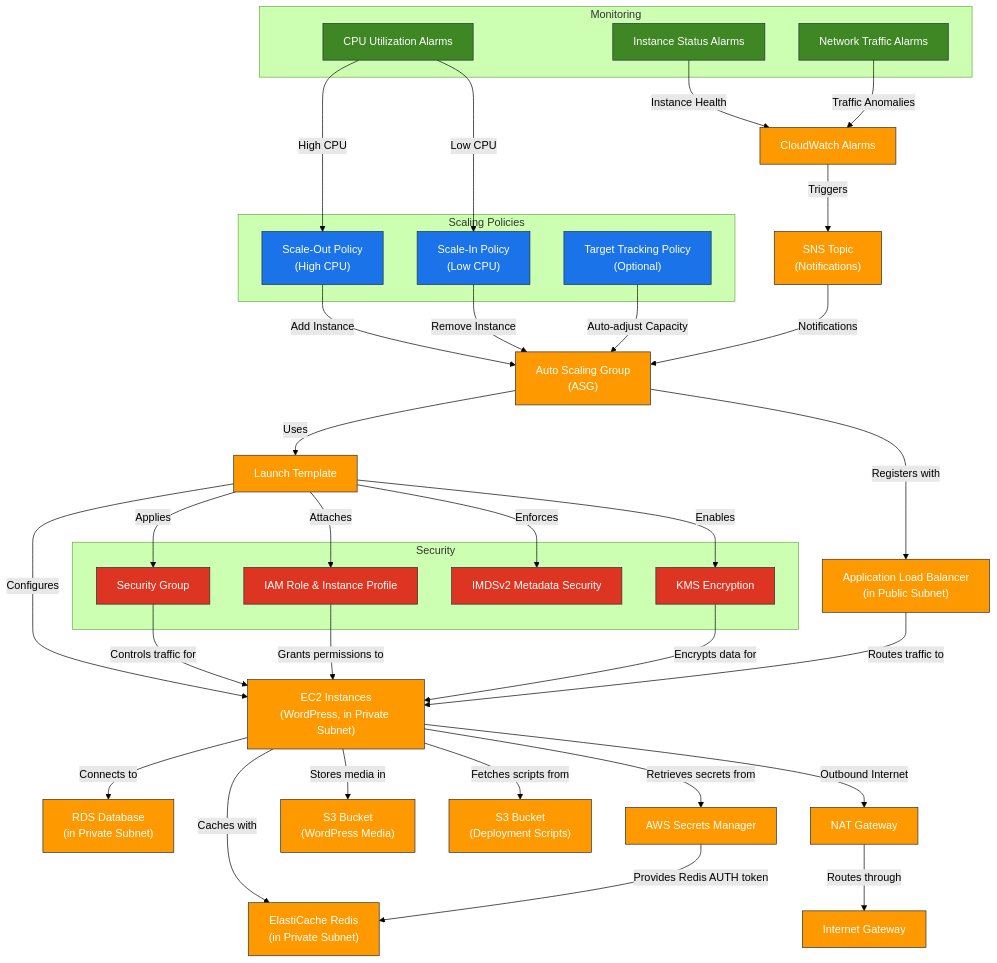
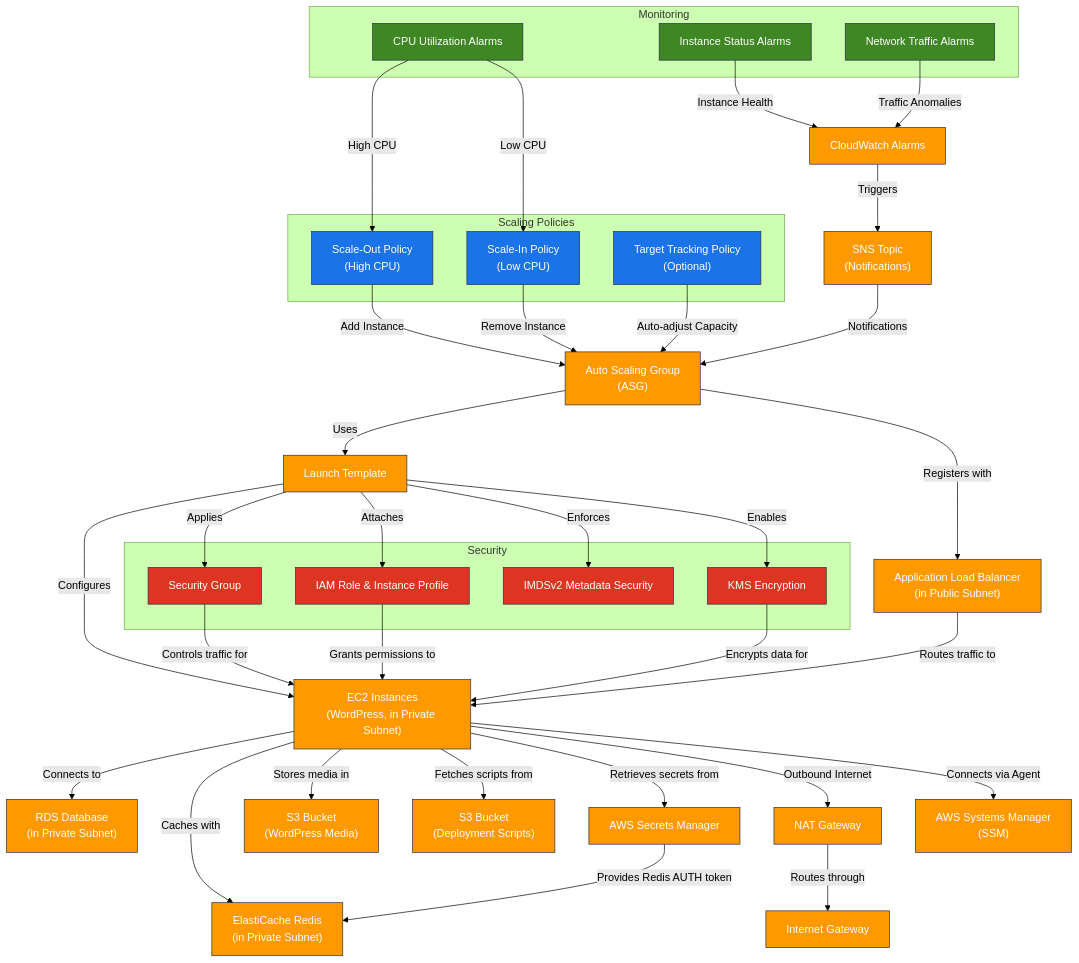
The diagram in terraform/modules/asg/README.md (hetmanskyi-cloud/AWS), drawn with Mermaid (forest theme) before and after one commit. The commit also changed other lines of this file and 18 other files, not shown here.

```diff
--- a/terraform/modules/asg/README.md
+++ b/terraform/modules/asg/README.md
@@ -58,6 +76,7 @@
     S3Media["S3 Bucket<br>(WordPress Media)"]
     S3Scripts["S3 Bucket<br>(Deployment Scripts)"]
     SecretsManager["AWS Secrets Manager"]
+    SSMService["AWS Systems Manager<br>(SSM)"]
 
     subgraph "Security"
         SG["Security Group"]
@@ -106,6 +125,7 @@
     EC2 -->|"Fetches scripts from"| S3Scripts
     EC2 -->|"Retrieves secrets from"| SecretsManager
     EC2 -->|"Outbound Internet"| NAT
+    EC2 -->|"Connects via Agent"| SSMService
 
     NAT -->|"Routes through"| IGW
 
@@ -123,7 +143,7 @@
     classDef monitoring fill:#3F8624,stroke:#232F3E,color:white;
     classDef policy fill:#1A73E8,stroke:#232F3E,color:white;
 
-    class CloudWatch,SNS,ASG,LT,EC2,ALB,RDS,Redis,S3Media,S3Scripts,SecretsManager,NAT,IGW aws;
+    class CloudWatch,SNS,ASG,LT,EC2,ALB,RDS,Redis,S3Media,S3Scripts,SecretsManager,NAT,IGW,SSMService aws;
     class SG,IAM,KMS,IMDSv2 security;
     class CPUAlarms,StatusAlarms,NetworkAlarms monitoring;
     class ScaleOut,ScaleIn,TargetTracking policy;
```
